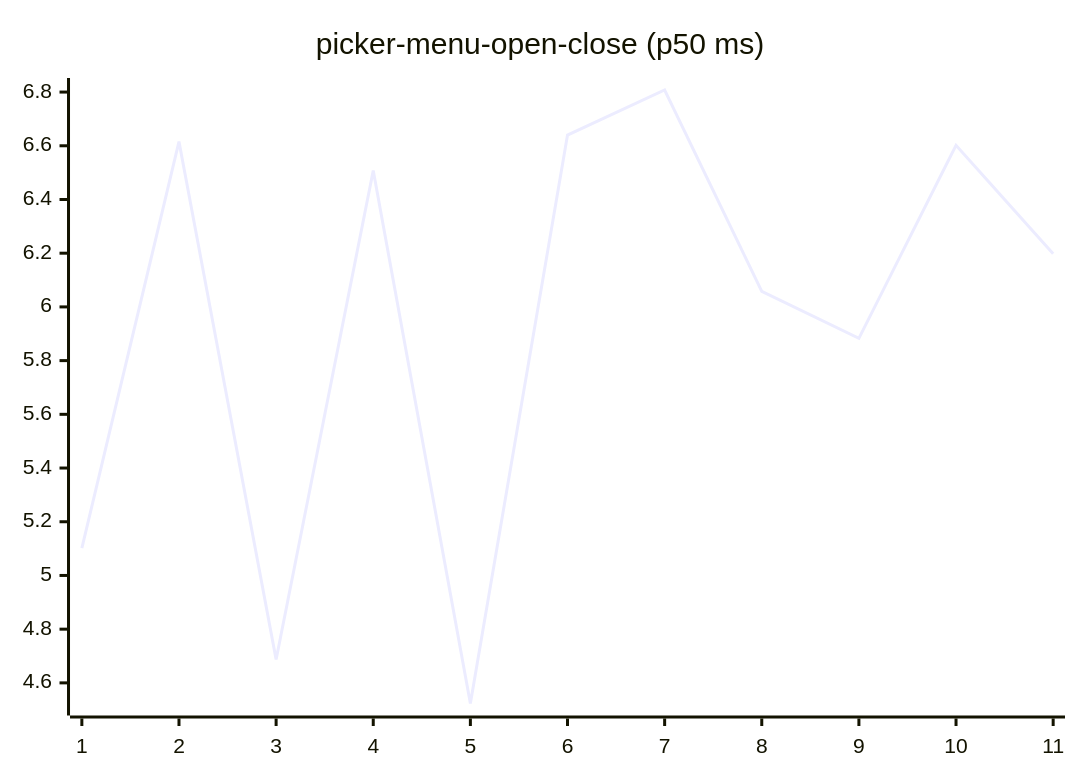
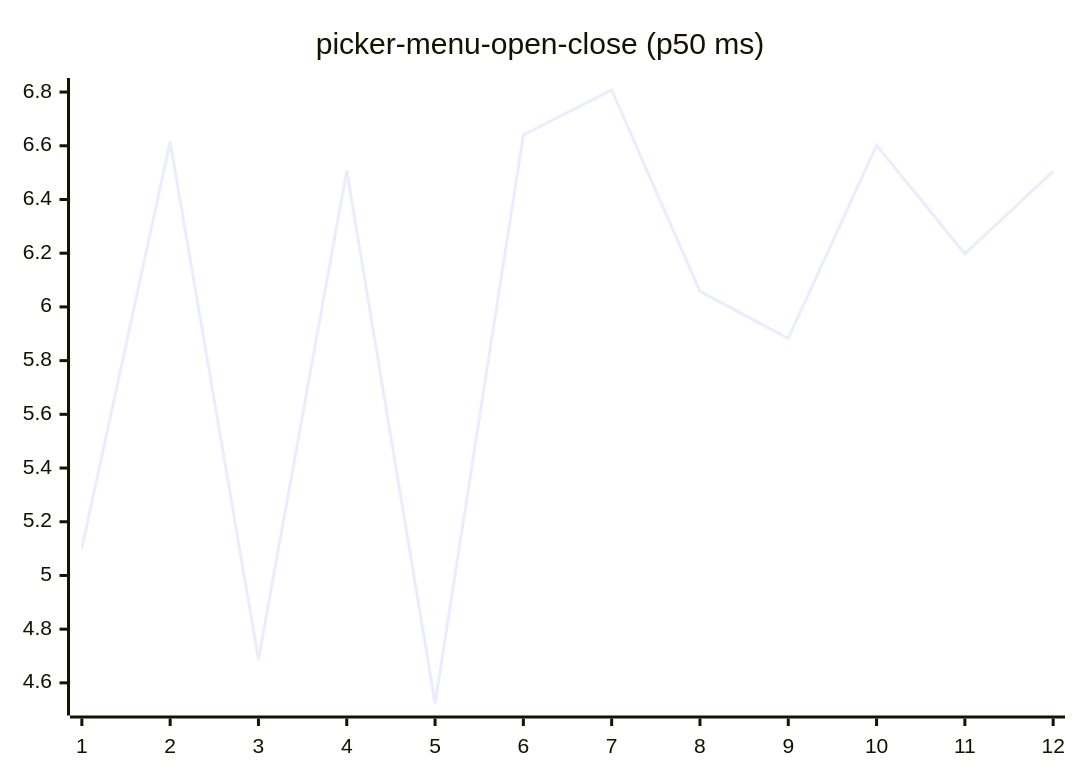
Diagram 16 of 27 in README.md (josha/Facet), drawn with Mermaid before and after one commit. The commit also changed other lines of this file and 2 other files, not shown here.

````diff
--- a/README.md
+++ b/README.md
@@ -168,6 +168,6 @@
 ```mermaid
 xychart-beta
     title "picker-menu-open-close (p50 ms)"
-    x-axis 1 --> 11
-    line [5.1020, 6.6154, 4.6873, 6.5076, 4.5232, 6.6400, 6.8077, 6.0581, 5.8829, 6.6018, 6.1978]
+    x-axis 1 --> 12
+    line [5.1020, 6.6154, 4.6873, 6.5076, 4.5232, 6.6400, 6.8077, 6.0581, 5.8829, 6.6018, 6.1978, 6.5053]
 ```
````
